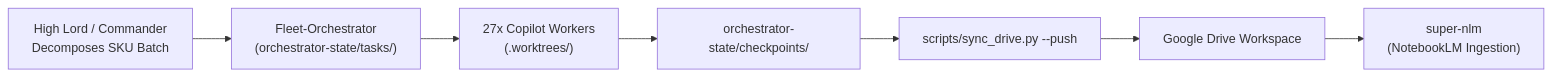
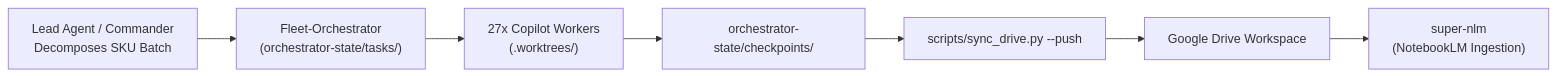
One commit to Aaradhya-Dev-Tamrakar/brainstorm changed the first of 6 diagrams in tools/skills/adaptive-workflow/references/cross-tool-chains.md. Above: the diagram before and after it, drawn with Mermaid. The commit also changed 27 other files, not shown here.

````diff
--- a/tools/skills/adaptive-workflow/references/cross-tool-chains.md
+++ b/tools/skills/adaptive-workflow/references/cross-tool-chains.md
@@ -11,9 +11,9 @@
 ```mermaid
 flowchart LR
-    Task["High Lord / Commander\nDecomposes SKU Batch"] --> Queue["Fleet-Orchestrator\n(orchestrator-state/tasks/)"]
+    Task["Lead Agent / Commander\nDecomposes SKU Batch"] --> Queue["Fleet-Orchestrator\n(orchestrator-state/tasks/)"]
     Queue --> Pool["27x Copilot Workers\n(.worktrees/<task_id>)"]
     Pool --> Checkpoints["orchestrator-state/checkpoints/"]
     Checkpoints --> DriveSync["scripts/sync_drive.py --push"]
     DriveSync --> Drive["Google Drive Workspace"]
     Drive --> NLM["super-nlm\n(NotebookLM Ingestion)"]
 ```
````
